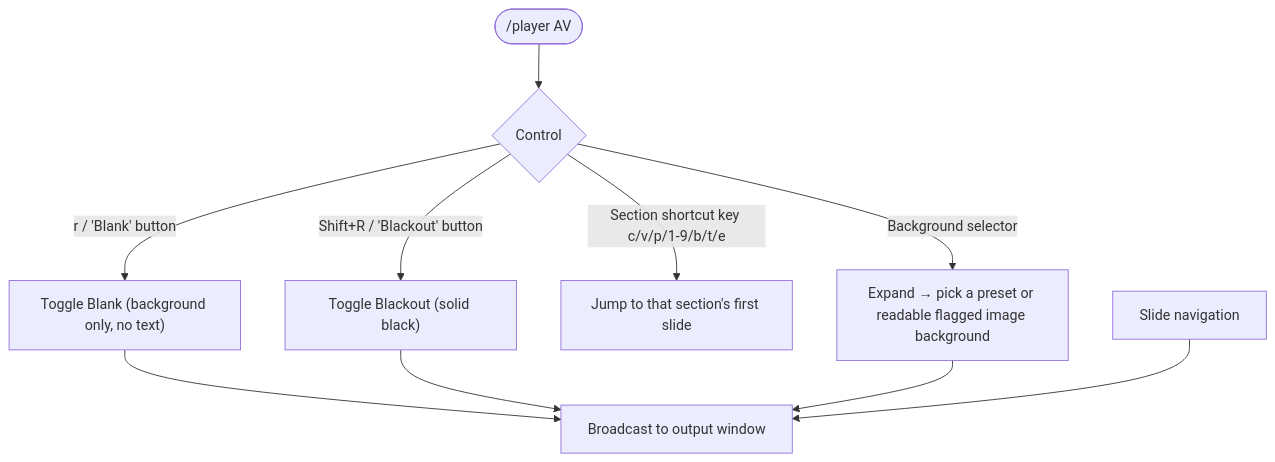
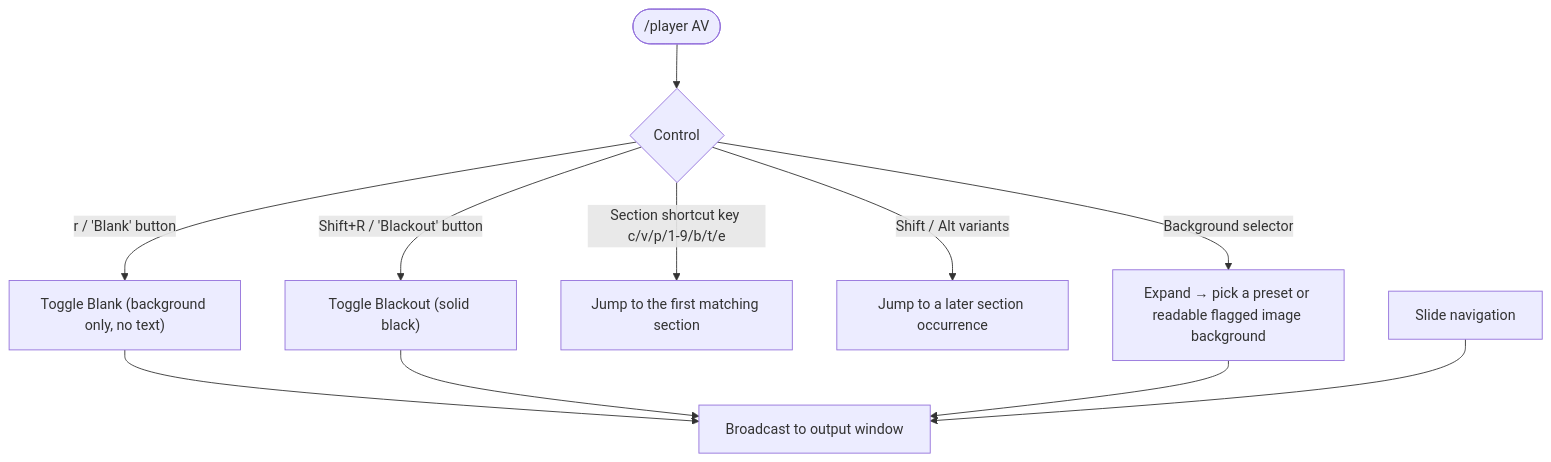
Diagram 38 of 57 in docs/architecture/frontend-user-flows.md (xilefmusics/worshipviewer), drawn with Mermaid before and after one commit. The commit also changed other lines of this file and 9 other files, not shown here.

````diff
--- a/docs/architecture/frontend-user-flows.md
+++ b/docs/architecture/frontend-user-flows.md
@@ -669,12 +669,13 @@
 ```mermaid
 flowchart TD
     av(["/player AV"]) --> state{Control}
     state -->|"r / 'Blank' button"| blank["Toggle Blank (background only, no text)"]
     state -->|"Shift+R / 'Blackout' button"| black["Toggle Blackout (solid black)"]
-    state -->|Section shortcut key c/v/p/1-9/b/t/e| sect["Jump to that section's first slide"]
+    state -->|Section shortcut key c/v/p/1-9/b/t/e| sect["Jump to the first matching section"]
+    state -->|Shift / Alt variants| repeated["Jump to a later section occurrence"]
     state -->|Background selector| bg["Expand → pick a preset or readable flagged image background"]
     blank --> sync["Broadcast to output window"]
     black --> sync
     bg --> sync
     jump["Slide navigation"] --> sync
 ```
````
